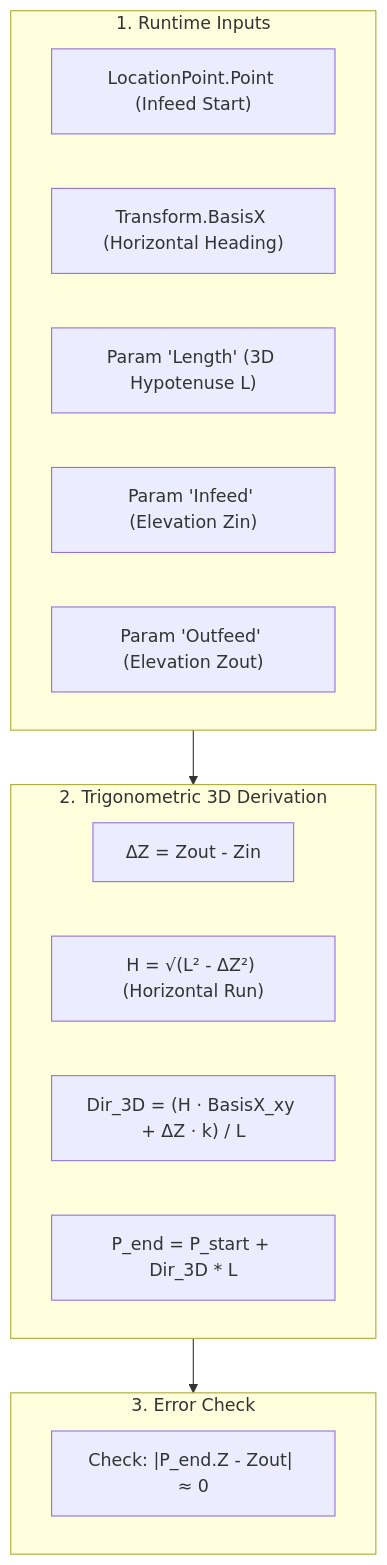
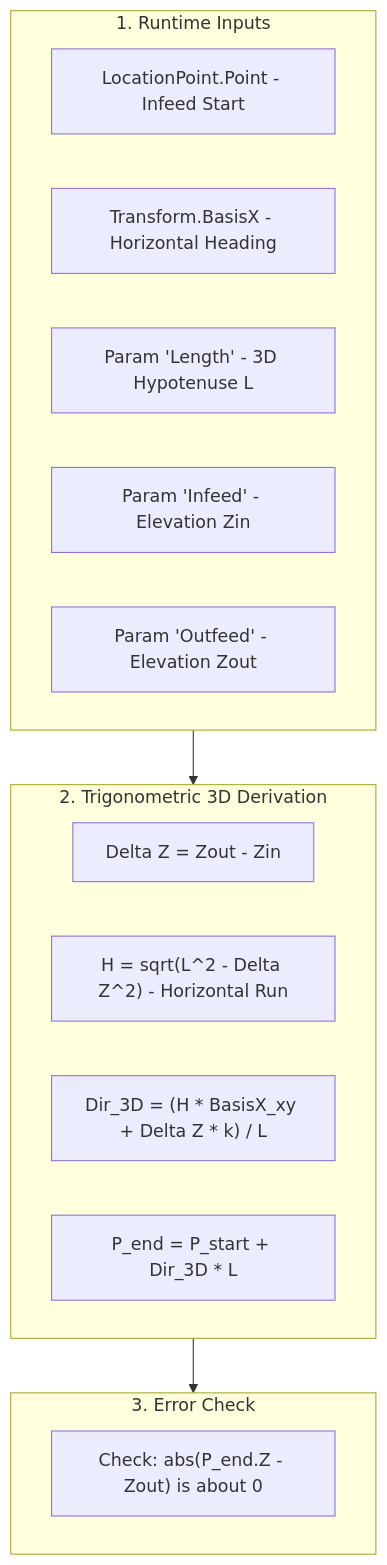
The tenth of 31 diagrams in RevitApiSamples/Samples/TransformModule/TransformModule.md (Mustafa-TOMMY/CommandSamplesRevitApiVer2025), drawn with Mermaid before and after one commit. The commit also changed other lines of this file, not shown here.

Commit message:
Update the mermaid sections

````diff
--- a/RevitApiSamples/Samples/TransformModule/TransformModule.md
+++ b/RevitApiSamples/Samples/TransformModule/TransformModule.md
@@ -313,23 +321,23 @@
 ```mermaid
 flowchart TD
     subgraph Inputs["1. Runtime Inputs"]
-        LP["LocationPoint.Point (Infeed Start)"]
-        T["Transform.BasisX (Horizontal Heading)"]
-        P1["Param 'Length' (3D Hypotenuse L)"]
-        P2["Param 'Infeed' (Elevation Zin)"]
-        P3["Param 'Outfeed' (Elevation Zout)"]
+        LP["LocationPoint.Point - Infeed Start"]
+        T["Transform.BasisX - Horizontal Heading"]
+        P1["Param 'Length' - 3D Hypotenuse L"]
+        P2["Param 'Infeed' - Elevation Zin"]
+        P3["Param 'Outfeed' - Elevation Zout"]
     end
 
     subgraph Derivation["2. Trigonometric 3D Derivation"]
-        DZ["ΔZ = Zout - Zin"]
-        H["H = √(L² - ΔZ²) (Horizontal Run)"]
-        DIR3D["Dir_3D = (H · BasisX_xy + ΔZ · k) / L"]
+        DZ["Delta Z = Zout - Zin"]
+        H["H = sqrt(L^2 - Delta Z^2) - Horizontal Run"]
+        DIR3D["Dir_3D = (H * BasisX_xy + Delta Z * k) / L"]
         END["P_end = P_start + Dir_3D * L"]
     end
 
     subgraph Validation["3. Error Check"]
-        CHK["Check: |P_end.Z - Zout| ≈ 0"]
+        CHK["Check: abs(P_end.Z - Zout) is about 0"]
     end
 
     Inputs --> Derivation --> Validation
 ```
````
